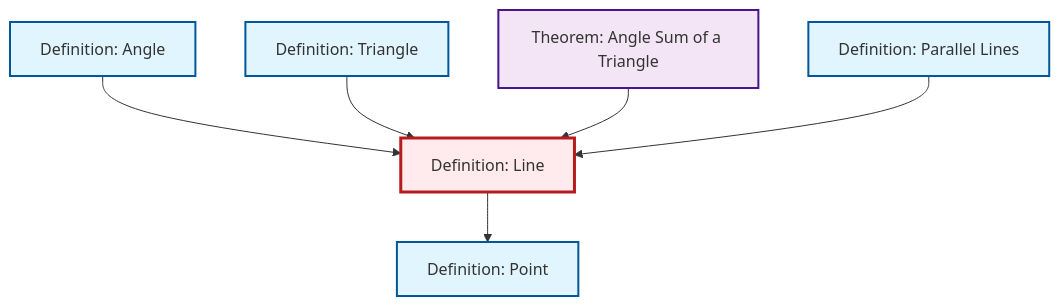
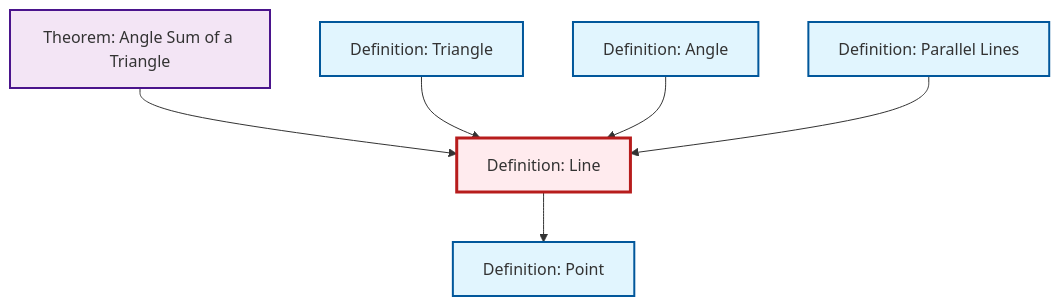
Before and after one commit to RK0429/ModernMath: the diagram in content/en/geometry/def-line.qmd, drawn with Mermaid. The commit also changed other lines of this file and 417 other files, not shown here.

````diff
--- a/content/en/geometry/def-line.qmd
+++ b/content/en/geometry/def-line.qmd
@@ -45,26 +45,26 @@
 ```{mermaid}
 %%| fig-cap: "Local dependency graph"
 graph TD
     classDef definition fill:#e1f5fe,stroke:#01579b,stroke-width:2px
     classDef theorem fill:#f3e5f5,stroke:#4a148c,stroke-width:2px
     classDef axiom fill:#fff3e0,stroke:#e65100,stroke-width:2px
     classDef example fill:#e8f5e9,stroke:#1b5e20,stroke-width:2px
     classDef current fill:#ffebee,stroke:#b71c1c,stroke-width:3px
-    thm-angle-sum-triangle["Theorem: Angle Sum of a Triangle"]:::theorem
     def-parallel["Definition: Parallel Lines"]:::definition
     def-point["Definition: Point"]:::definition
+    thm-angle-sum-triangle["Theorem: Angle Sum of a Triangle"]:::theorem
     def-triangle["Definition: Triangle"]:::definition
+    def-angle["Definition: Angle"]:::definition
     def-line["Definition: Line"]:::definition
-    def-angle["Definition: Angle"]:::definition
+    thm-angle-sum-triangle --> def-line
+    def-triangle --> def-line
+    def-line --> def-point
     def-angle --> def-line
-    def-triangle --> def-line
-    thm-angle-sum-triangle --> def-line
     def-parallel --> def-line
-    def-line --> def-point
     class def-line current
-    click thm-angle-sum-triangle "thm-angle-sum-triangle.html" "Go to Angle Sum of a Triangle theorem"
     click def-parallel "def-parallel.html" "Go to Parallel Lines definition"
     click def-point "def-point.html" "Go to Point definition"
+    click thm-angle-sum-triangle "thm-angle-sum-triangle.html" "Go to Angle Sum of a Triangle theorem"
     click def-triangle "def-triangle.html" "Go to Triangle definition"
     click def-angle "def-angle.html" "Go to Angle definition"
 ```
````
